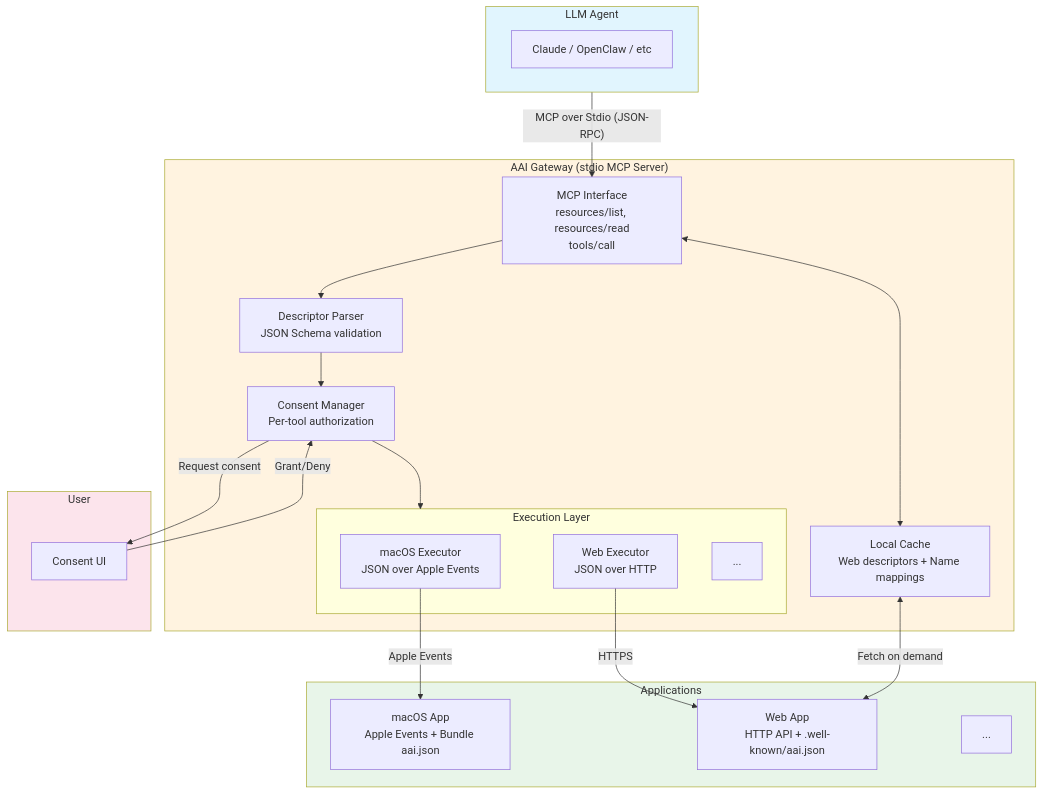
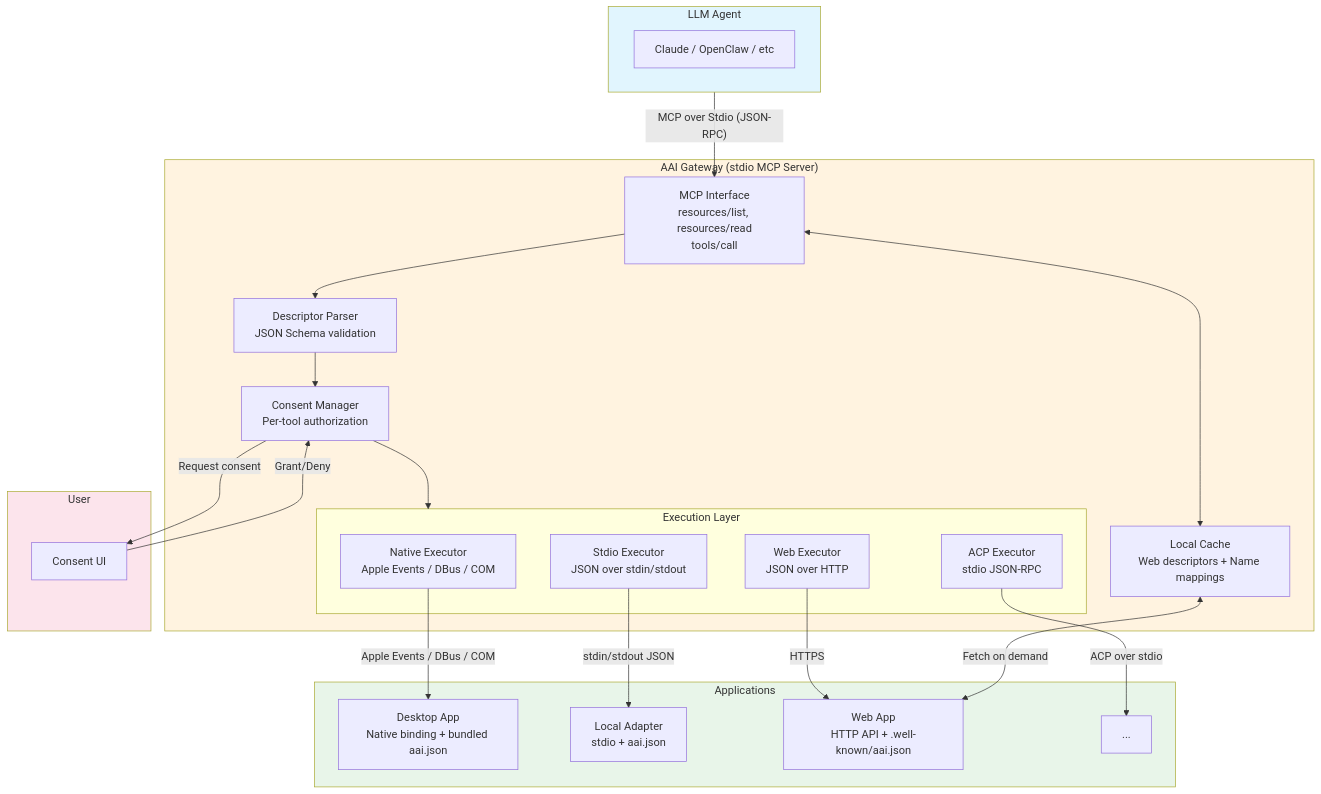
The diagram in spec/architecture.md (gybob/aai-protocol), drawn with Mermaid before and after one commit. The commit also changed other lines of this file and 6 other files, not shown here.

````diff
--- a/spec/architecture.md
+++ b/spec/architecture.md
@@ -5,45 +5,49 @@
 ```mermaid
 flowchart TB
     subgraph Agent["LLM Agent"]
         A1[Claude / OpenClaw / etc]
     end
 
     subgraph Gateway["AAI Gateway (stdio MCP Server)"]
         G1["MCP Interface<br/>resources/list, resources/read<br/>tools/call"]
         G2["Descriptor Parser<br/>JSON Schema validation"]
         G3["Consent Manager<br/>Per-tool authorization"]
         G4["Execution Layer"]
         G5["Local Cache<br/>Web descriptors + Name mappings"]
 
         subgraph G4["Execution Layer"]
-            E1["macOS Executor<br/>JSON over Apple Events"]
+            E1["Native Executor<br/>Apple Events / DBus / COM"]
             E2["Web Executor<br/>JSON over HTTP"]
-            E3["..."]
+            E3["ACP Executor<br/>stdio JSON-RPC"]
+            E4["Stdio Executor<br/>JSON over stdin/stdout"]
         end
 
         G1 --> G2 --> G3 --> G4
         G1 <--> G5
     end
 
     subgraph User["User"]
         U1["Consent UI"]
     end
 
     subgraph Apps["Applications"]
-        D1["macOS App<br/>Apple Events + Bundle aai.json"]
+        D1["Desktop App<br/>Native binding + bundled aai.json"]
+        S1["Local Adapter<br/>stdio + aai.json"]
         W1["Web App<br/>HTTP API + .well-known/aai.json"]
         X1["..."]
     end
 
     Agent -->|"MCP over Stdio (JSON-RPC)"| G1
     G3 -->|"Request consent"| U1
     U1 -->|"Grant/Deny"| G3
-    E1 -->|"Apple Events"| D1
+    E1 -->|"Apple Events / DBus / COM"| D1
     E2 -->|"HTTPS"| W1
+    E3 -->|"ACP over stdio"| X1
+    E4 -->|"stdin/stdout JSON"| S1
     G5 <-->|"Fetch on demand"| W1
 
     style Agent fill:#e1f5fe
     style Gateway fill:#fff3e0
     style Apps fill:#e8f5e9
     style User fill:#fce4ec
 ```
````
